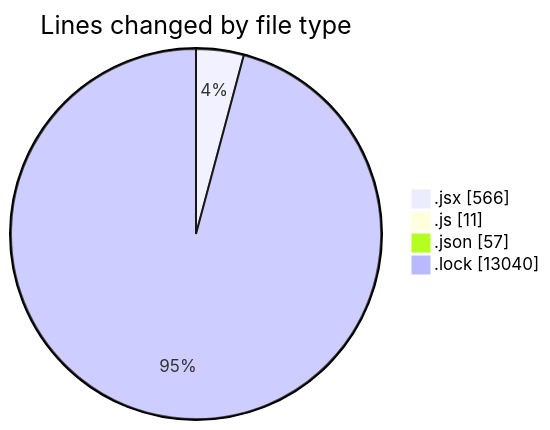
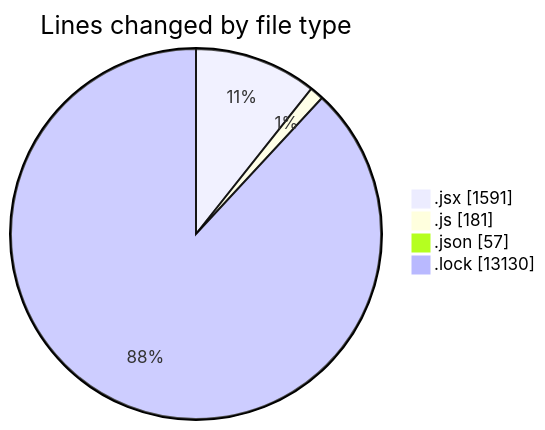
The first of 2 diagrams in 2026-02-10/cda/README.md (momahboobian/code-tracking), drawn with Mermaid before and after one commit. The commit also changed other lines of this file and 1 other file, not shown here.

````diff
--- a/2026-02-10/cda/README.md
+++ b/2026-02-10/cda/README.md
@@ -24,8 +30,8 @@
 ```mermaid
 pie showData
 title Lines changed by file type
-".jsx" : 566
-".js" : 11
+".jsx" : 1591
+".js" : 181
 ".json" : 57
-".lock" : 13040
+".lock" : 13130
 ```
````
